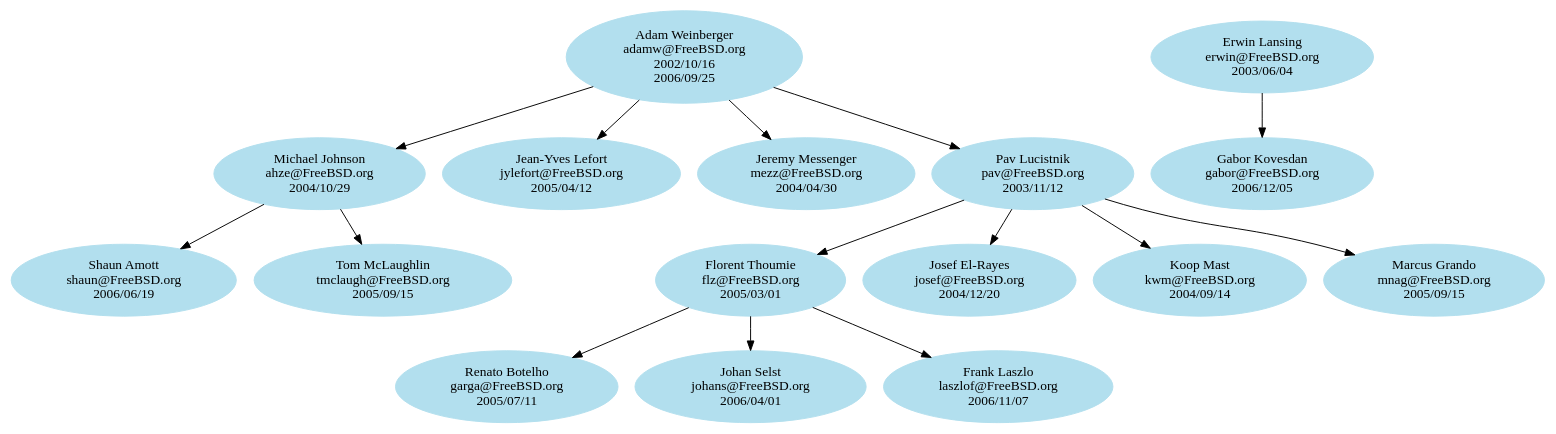
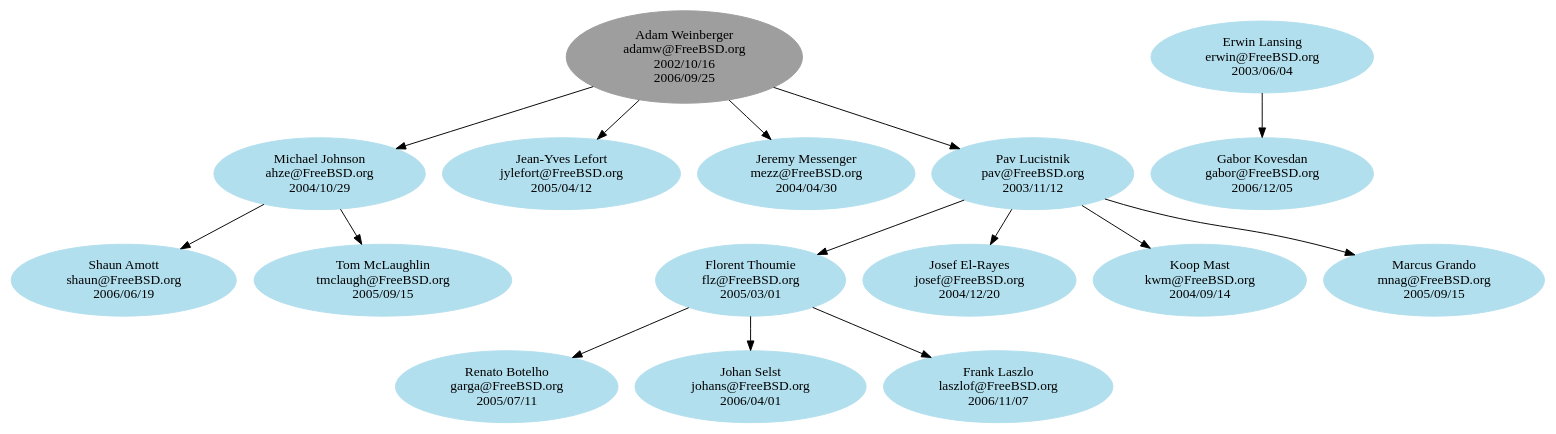
Before and after one commit to kelvinyu/unix-history-repo: the diagram in share/misc/committers-ports.dot, drawn with Graphviz. The commit also changed 2 other files, not shown here.

Commit message:
Add some comments about entries formats. Group by mentor, sort alphabetically, move adamw to alumni.

```diff
--- a/share/misc/committers-ports.dot
+++ b/share/misc/committers-ports.dot
@@ -1,51 +1,68 @@
 # $FreeBSD$
 
 digraph ports {
 
+# Node definitions follow this example:
+#
+#   foo [label="Foo Bar\nfoo@FreeBSD.org\n????/??/??"]
+#
+# ????/??/?? is the date when the commit bit was obtained, usually the one you
+# can find looking at CVS logs for the access (or avail) file under CVSROOT.
+#
+# For returned commit bits, the node definition will follow this example:
+#
+#   foo [label="Foo Bar\nfoo@FreeBSD.org\n????/??/??\n????/??/??"]
+#
+# The first date is the same as for an active committer, the second date is
+# the date when the commit bit has been returned. Again, check CVS logs.
+
 node [color=grey62, style=filled, bgcolor=black];
 
-# Alumni go here.
+# Alumni go here.. Try to keep things sorted.
+
+adamw [label="Adam Weinberger\nadamw@FreeBSD.org\n2002/10/16\n2006/09/25"]
 
 node [color=lightblue2, style=filled, bgcolor=black];
 
 # Current ports committers go here. Try to keep things sorted.
 
-adamw [label="Adam Weinberger\nadamw@FreeBSD.org\n2002/10/16\n2006/09/25"]
 ahze [label="Michael Johnson\nahze@FreeBSD.org\n2004/10/29"]
 erwin [label="Erwin Lansing\nerwin@FreeBSD.org\n2003/06/04"]
 flz [label="Florent Thoumie\nflz@FreeBSD.org\n2005/03/01"]
 gabor [label="Gabor Kovesdan\ngabor@FreeBSD.org\n2006/12/05"]
 garga [label="Renato Botelho\ngarga@FreeBSD.org\n2005/07/11"]
 johans [label="Johan Selst\njohans@FreeBSD.org\n2006/04/01"]
 josef [label="Josef El-Rayes\njosef@FreeBSD.org\n2004/12/20"]
 jylefort [label="Jean-Yves Lefort\njylefort@FreeBSD.org\n2005/04/12"]
 kwm [label="Koop Mast\nkwm@FreeBSD.org\n2004/09/14"]
 laszlof [label="Frank Laszlo\nlaszlof@FreeBSD.org\n2006/11/07"]
 mezz [label="Jeremy Messenger\nmezz@FreeBSD.org\n2004/04/30"]
 mnag [label="Marcus Grando\nmnag@FreeBSD.org\n2005/09/15"]
 pav [label="Pav Lucistnik\npav@FreeBSD.org\n2003/11/12"]
 shaun [label="Shaun Amott\nshaun@FreeBSD.org\n2006/06/19"]
 tmclaugh [label="Tom McLaughlin\ntmclaugh@FreeBSD.org\n2005/09/15"]
 
 # Here are the mentor/mentee relationships.
+# Group together all the mentees for a particular mentor.
+# Keep the list sorted by mentor login.
 
 adamw -> ahze
 adamw -> jylefort
 adamw -> mezz
 adamw -> pav
 
 ahze -> shaun
 ahze -> tmclaugh
 
 erwin -> gabor
 
 flz -> garga
 flz -> johans
 flz -> laszlof
 
 pav -> flz
 pav -> josef
 pav -> kwm
 pav -> mnag
 
 }
```
